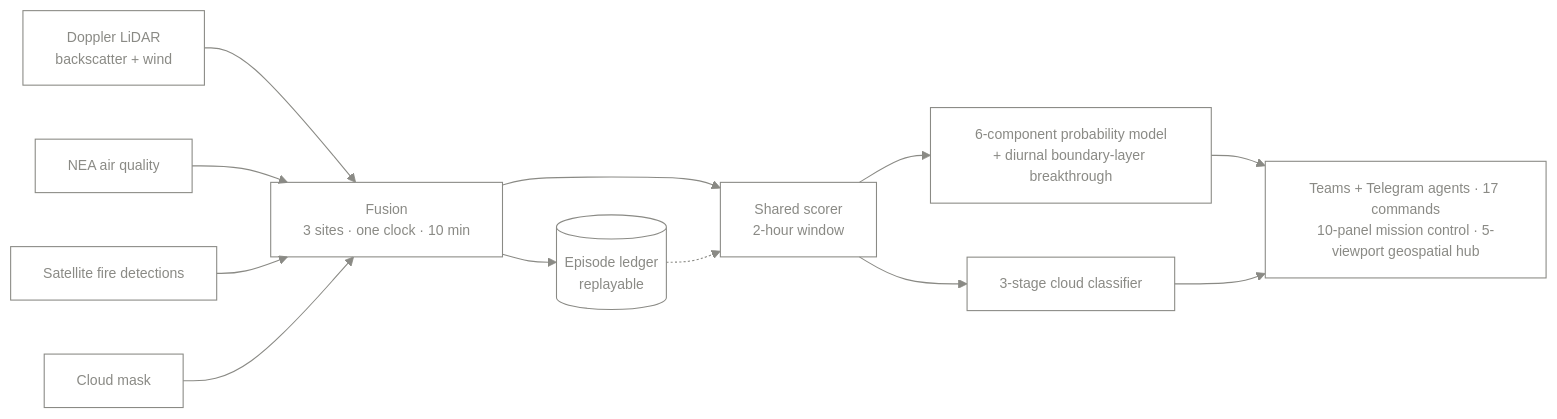
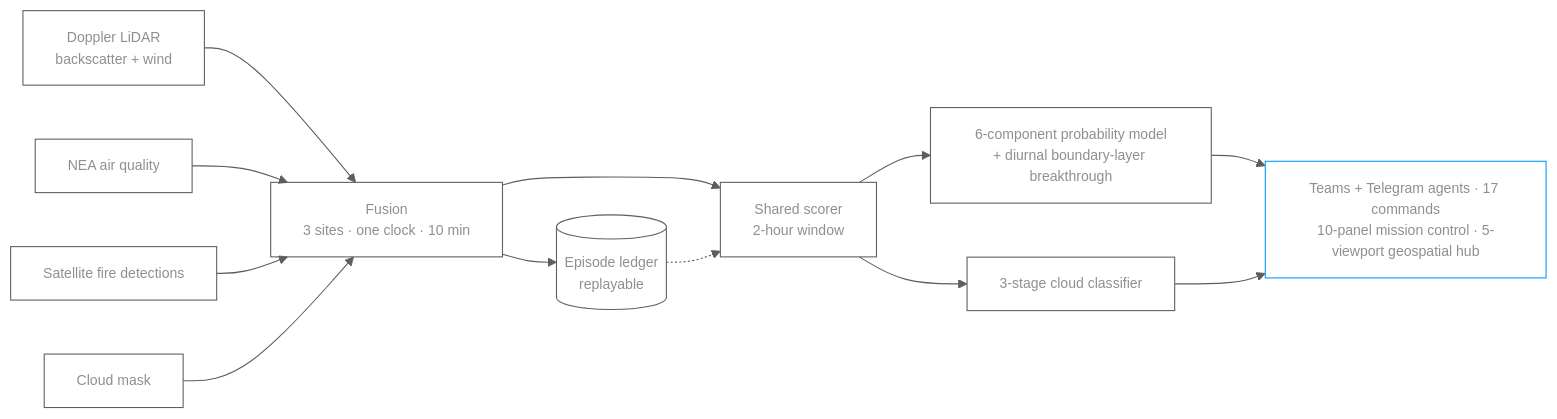
One commit to awvmeijer/awvmeijer changed the diagram in README.md. Above: the diagram before and after it, drawn with Mermaid. The commit also changed other lines of this file and 8 other files, not shown here.

````diff
--- a/README.md
+++ b/README.md
@@ -31,20 +62,23 @@
 ```mermaid
-%%{init:{'theme':'base','themeVariables':{'background':'transparent','primaryColor':'transparent','secondaryColor':'transparent','tertiaryColor':'transparent','primaryBorderColor':'#8a8a85','secondaryBorderColor':'#8a8a85','primaryTextColor':'#8a8a85','secondaryTextColor':'#8a8a85','tertiaryTextColor':'#8a8a85','lineColor':'#8a8a85','fontSize':'13px'}}}%%
+%%{init:{'theme':'base','themeVariables':{'background':'transparent','primaryColor':'transparent','secondaryColor':'transparent','tertiaryColor':'transparent','primaryBorderColor':'#5e5e5e','secondaryBorderColor':'#5e5e5e','tertiaryBorderColor':'#5e5e5e','primaryTextColor':'#8f8f8f','secondaryTextColor':'#8f8f8f','tertiaryTextColor':'#8f8f8f','lineColor':'#5e5e5e','fontSize':'13px'}}}%%
 flowchart LR
   L["Doppler LiDAR<br/>backscatter + wind"] --> FUSE
   AQ["NEA air quality"] --> FUSE
   FIRE["Satellite fire detections"] --> FUSE
   CLOUD["Cloud mask"] --> FUSE
 
   FUSE["Fusion<br/>3 sites · one clock · 10 min"] --> LEDGER[("Episode ledger<br/>replayable")]
   FUSE --> SCORE
 
   SCORE["Shared scorer<br/>2-hour window"] --> P["6-component probability model<br/>+ diurnal boundary-layer breakthrough"]
   SCORE --> C["3-stage cloud classifier"]
 
   P --> ACT
   C --> ACT
   ACT["Teams + Telegram agents · 17 commands<br/>10-panel mission control · 5-viewport geospatial hub"]
 
   LEDGER -.-> SCORE
+
+  classDef act stroke:#0099ff,color:#8f8f8f;
+  class ACT act;
 ```
````
